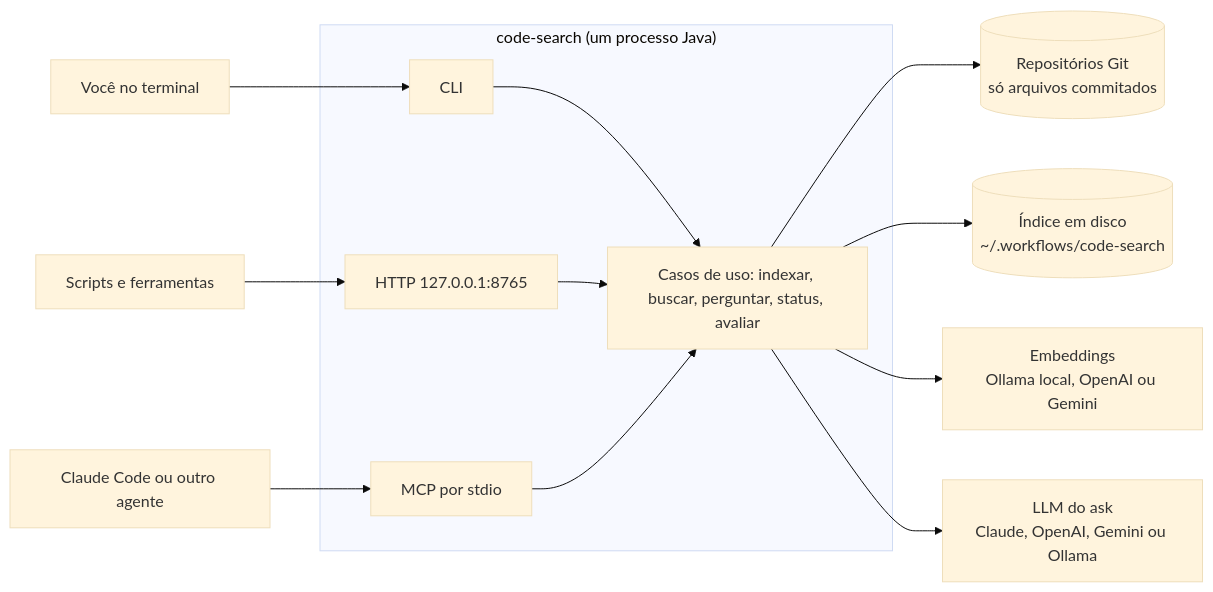
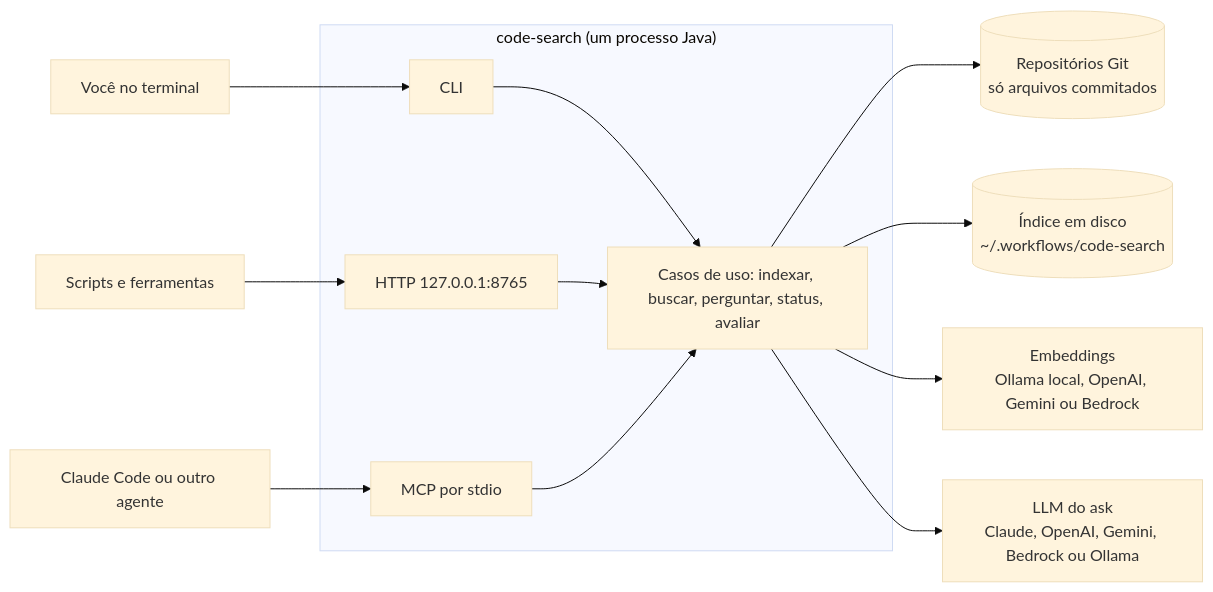
The first of 5 diagrams in README.md (luan-vega/spec-embeddings-java), drawn with Mermaid (base theme) before and after one commit. The commit also changed other lines of this file and 12 other files, not shown here.

First line of the commit message:
Provedor AWS Bedrock: LLM e descritor via Converse API, embeddings Titan e Cohere

````diff
--- a/README.md
+++ b/README.md
@@ -25,21 +25,21 @@
 ```mermaid
 flowchart LR
     U["Você no terminal"] --> CLI
     A["Claude Code ou outro agente"] --> MCP
     S["Scripts e ferramentas"] --> HTTP
 
     subgraph app["code-search (um processo Java)"]
         CLI["CLI"]
         HTTP["HTTP 127.0.0.1:8765"]
         MCP["MCP por stdio"]
         SVC["Casos de uso: indexar, buscar, perguntar, status, avaliar"]
         CLI --> SVC
         HTTP --> SVC
         MCP --> SVC
     end
 
     SVC --> GIT[("Repositórios Git<br/>só arquivos commitados")]
     SVC --> IDX[("Índice em disco<br/>~/.workflows/code-search")]
-    SVC --> EMB["Embeddings<br/>Ollama local, OpenAI ou Gemini"]
-    SVC --> LLM["LLM do ask<br/>Claude, OpenAI, Gemini ou Ollama"]
+    SVC --> EMB["Embeddings<br/>Ollama local, OpenAI, Gemini ou Bedrock"]
+    SVC --> LLM["LLM do ask<br/>Claude, OpenAI, Gemini, Bedrock ou Ollama"]
 ```
````
